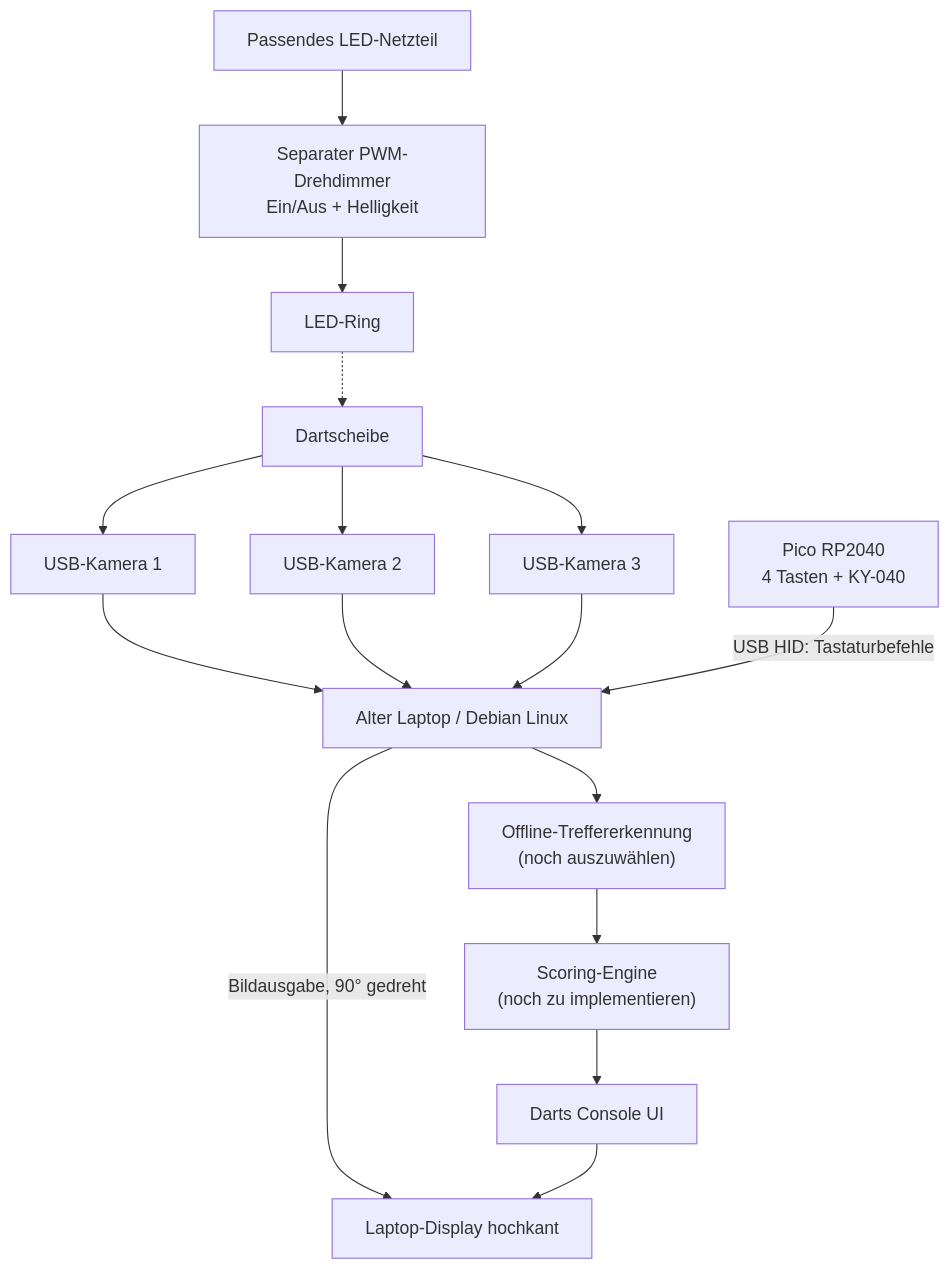
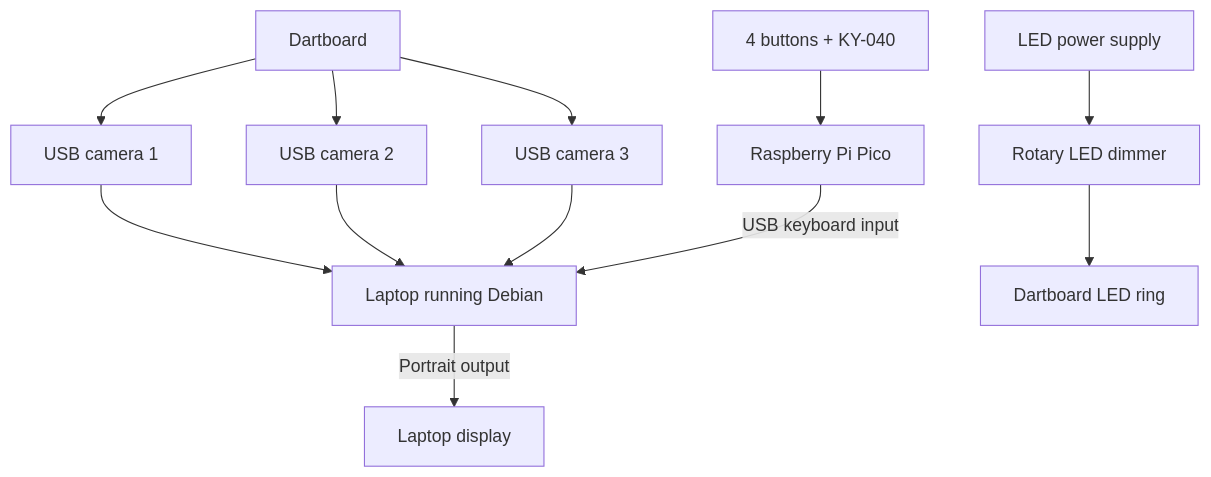
The first of 4 diagrams in docs/ARCHITECTURE.md (Arber28/Darts-Console), drawn with Mermaid before and after one commit. The commit also changed other lines of this file, not shown here.

````diff
--- a/docs/ARCHITECTURE.md
+++ b/docs/ARCHITECTURE.md
@@ -7,18 +5,14 @@
 ```mermaid
 flowchart TD
-  D["Dartscheibe"] --> C1["USB-Kamera 1"]
-  D --> C2["USB-Kamera 2"]
-  D --> C3["USB-Kamera 3"]
-  C1 --> L["Alter Laptop / Debian Linux"]
-  C2 --> L
-  C3 --> L
-  P["Pico RP2040<br/>4 Tasten + KY-040"] -->|"USB HID: Tastaturbefehle"| L
-  L -->|"Bildausgabe, 90° gedreht"| S["Laptop-Display hochkant"]
-  L --> V["Offline-Treffererkennung<br/>(noch auszuwählen)"]
-  V --> G["Scoring-Engine<br/>(noch zu implementieren)"]
-  G --> UI["Darts Console UI"]
-  UI --> S
-  PS["Passendes LED-Netzteil"] --> DIM["Separater PWM-Drehdimmer<br/>Ein/Aus + Helligkeit"]
-  DIM --> LED["LED-Ring"]
-  LED -.-> D
+    D["Dartboard"] --> A["USB camera 1"]
+    D --> B["USB camera 2"]
+    D --> C["USB camera 3"]
+    A --> PC["Laptop running Debian"]
+    B --> PC
+    C --> PC
+    BUTTONS["4 buttons + KY-040"] --> PICO["Raspberry Pi Pico"]
+    PICO -->|"USB keyboard input"| PC
+    PC -->|"Portrait output"| SCREEN["Laptop display"]
+    SUPPLY["LED power supply"] --> DIMMER["Rotary LED dimmer"]
+    DIMMER --> RING["Dartboard LED ring"]
 ```
````
